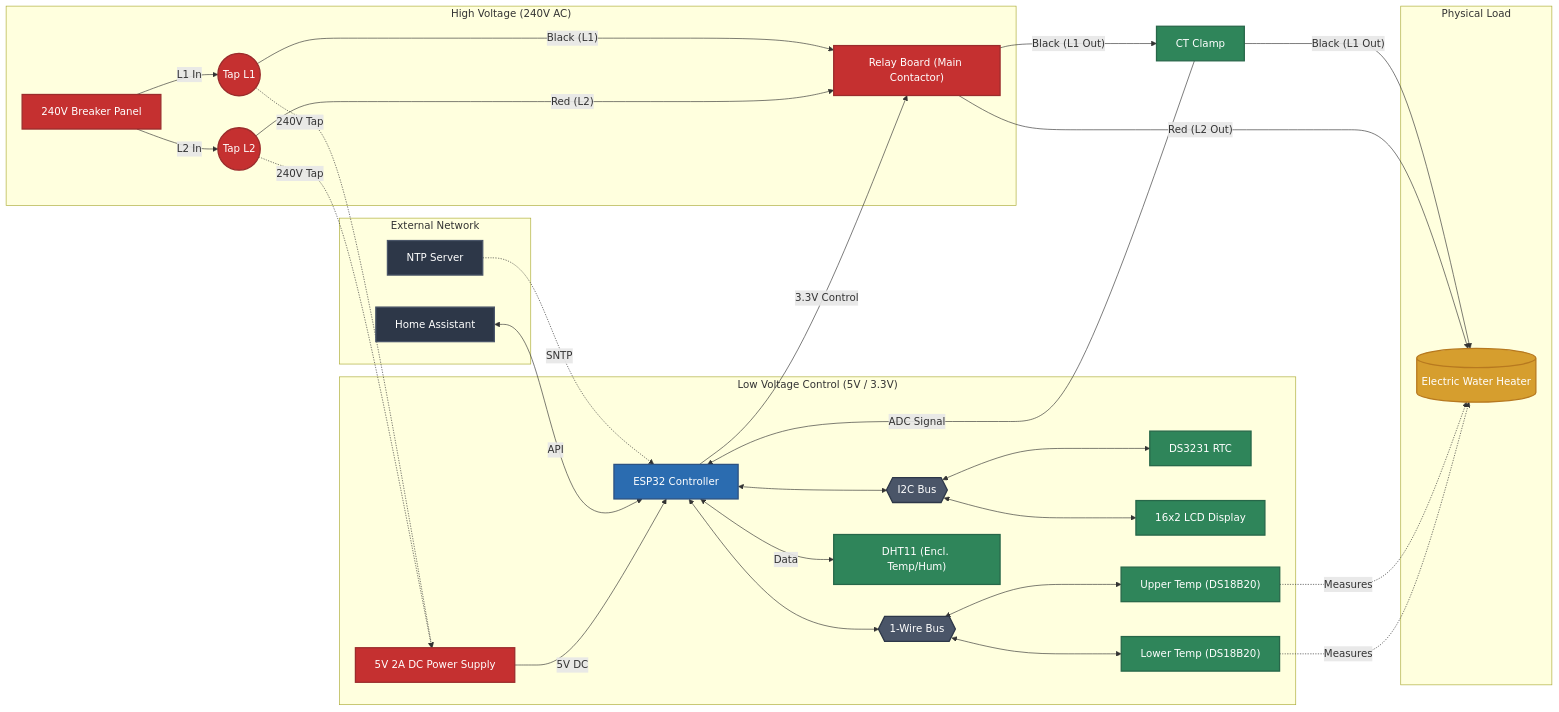
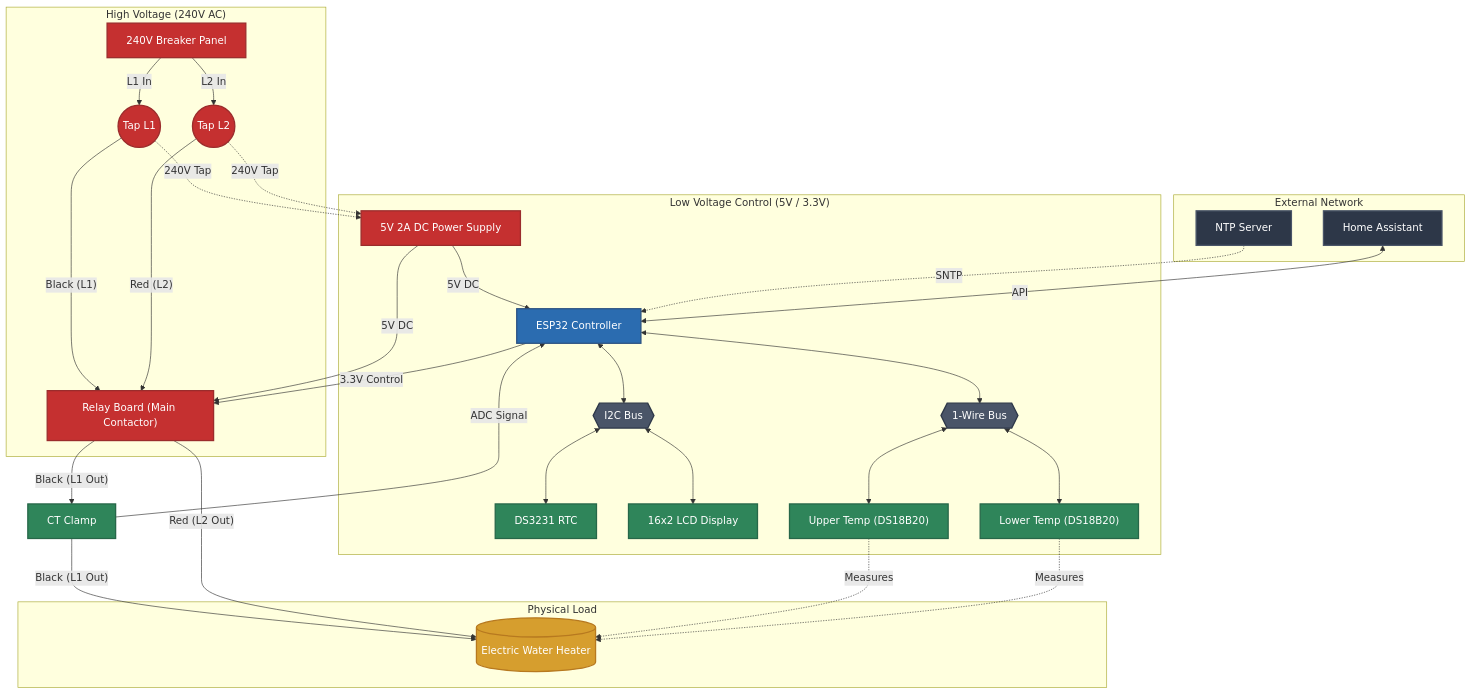
The diagram in README.md (bennydiamond/esphome_water_heater_controller), drawn with Mermaid before and after one commit. The commit also changed other lines of this file and 2 other files, not shown here.

Commit message:
Remove DHT sensor + relay configuration

````diff
--- a/README.md
+++ b/README.md
@@ -54,70 +53,68 @@
 ```mermaid
-flowchart LR
+flowchart TB
     classDef network fill:#2d3748,stroke:#4a5568,stroke-width:2px,color:#fff
     classDef mcu fill:#2b6cb0,stroke:#2c5282,stroke-width:2px,color:#fff
     classDef sensor fill:#2f855a,stroke:#276749,stroke-width:2px,color:#fff
     classDef power fill:#c53030,stroke:#9b2c2c,stroke-width:2px,color:#fff
     classDef load fill:#d69e2e,stroke:#b7791f,stroke-width:2px,color:#fff
     classDef bus fill:#4a5568,stroke:#2d3748,stroke-width:2px,color:#fff
 
     subgraph External ["External Network"]
         NTP["NTP Server"]:::network
         HA["Home Assistant"]:::network
     end
 
     subgraph HighVoltage ["High Voltage (240V AC)"]
         Breaker["240V Breaker Panel"]:::power
         L1_Tap((Tap L1)):::power
         L2_Tap((Tap L2)):::power
         Relay["Relay Board (Main Contactor)"]:::power
     end
 
     CT["CT Clamp"]:::sensor
 
     subgraph LowVoltage ["Low Voltage Control (5V / 3.3V)"]
         PSU["5V 2A DC Power Supply"]:::power
         ESP["ESP32 Controller"]:::mcu
         I2C{{"I2C Bus"}}:::bus
         OneWire{{"1-Wire Bus"}}:::bus
-        DHT["DHT11 (Encl. Temp/Hum)"]:::sensor
         RTC["DS3231 RTC"]:::sensor
         LCD["16x2 LCD Display"]:::sensor
         ProbeUp["Upper Temp (DS18B20)"]:::sensor
         ProbeDn["Lower Temp (DS18B20)"]:::sensor
     end
 
     subgraph Appliance ["Physical Load"]
         Heater[("Electric Water Heater")]:::load
     end
 
-    NTP -.->|"SNTP"| ESP
-    HA <-->|"API"| ESP
-
     Breaker -->|"L1 In"| L1_Tap
     Breaker -->|"L2 In"| L2_Tap
     L1_Tap -->|"Black (L1)"| Relay
     L2_Tap -->|"Red (L2)"| Relay
 
     L1_Tap -.->|"240V Tap"| PSU
     L2_Tap -.->|"240V Tap"| PSU
 
+    PSU -->|"5V DC"| Relay
     PSU -->|"5V DC"| ESP
 
     ESP <--> I2C
     ESP <--> OneWire
     I2C <--> RTC
     I2C <--> LCD
     OneWire <--> ProbeUp
     OneWire <--> ProbeDn
 
-    ESP <-->|"Data"| DHT
-
+    NTP -.->|"SNTP"| ESP
+    HA <-->|"API"| ESP
+    
     ESP -->|"3.3V Control"| Relay
     Relay -->|"Black (L1 Out)"| CT
     CT -->|"Black (L1 Out)"| Heater
     Relay -->|"Red (L2 Out)"| Heater
 
     CT -->|"ADC Signal"| ESP
     ProbeUp -.->|"Measures"| Heater
     ProbeDn -.->|"Measures"| Heater
 ```
````
